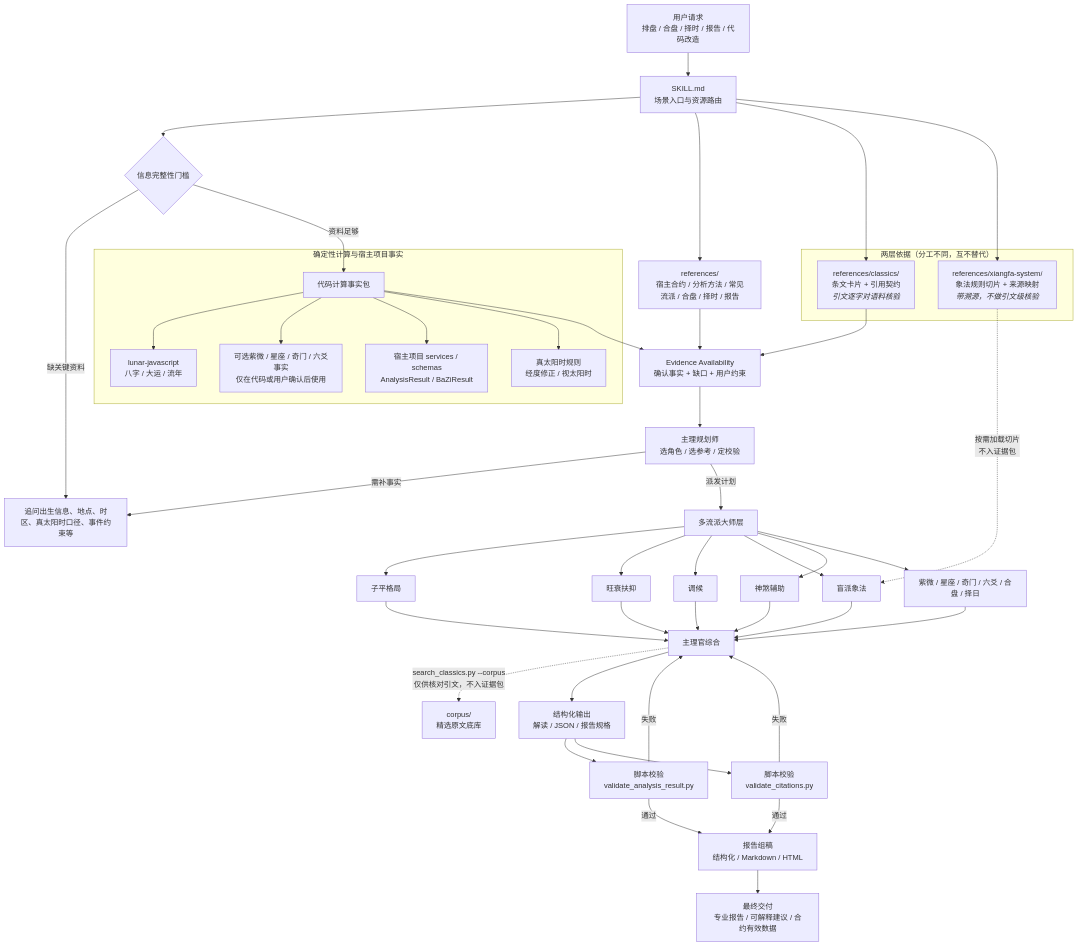
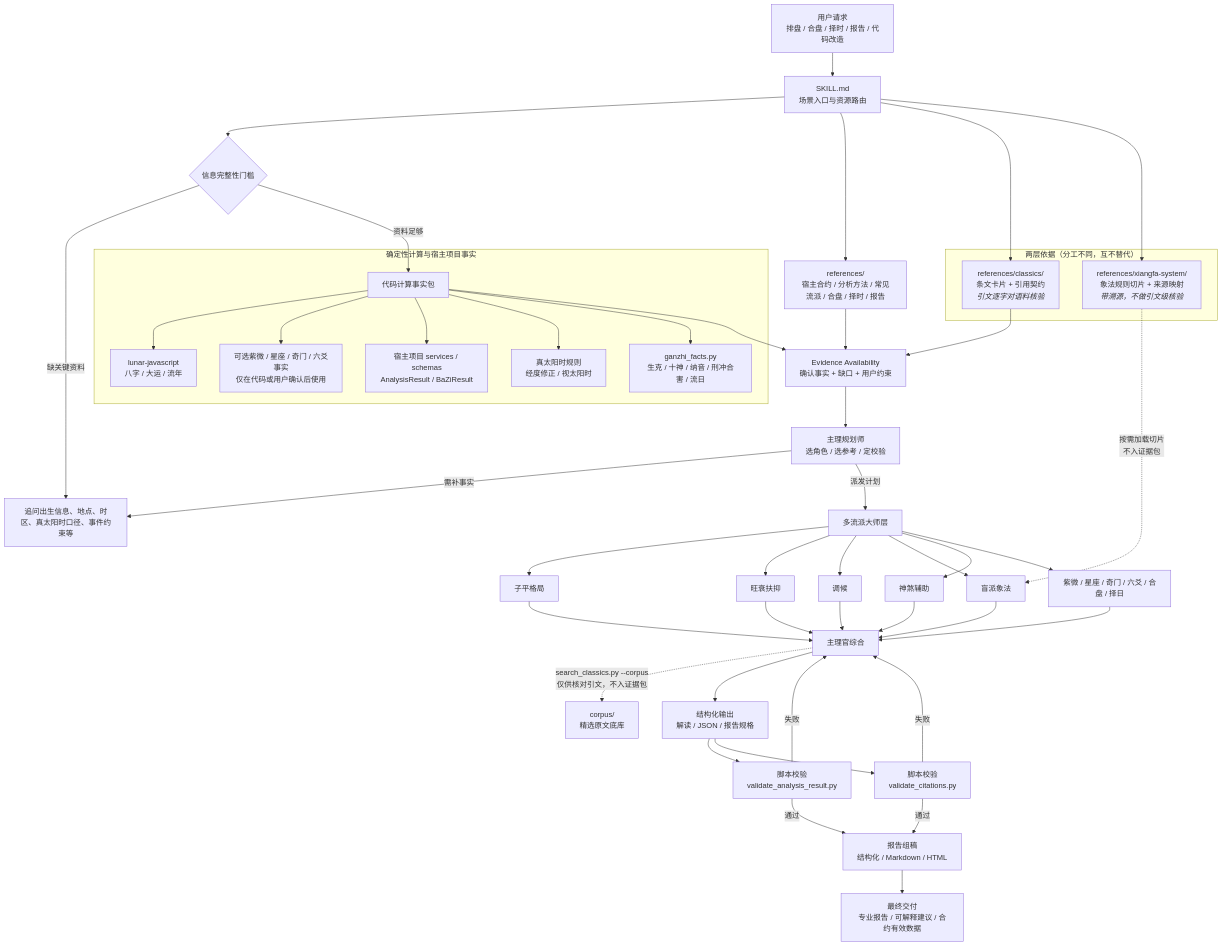
One commit to xuemian168/bazi-skill changed the diagram in README.md. Above: the diagram before and after it, drawn with Mermaid. The commit also changed other lines of this file and 15 other files, not shown here.

````diff
--- a/README.md
+++ b/README.md
@@ -84,55 +84,56 @@
 ```mermaid
 flowchart TD
     A["用户请求<br/>排盘 / 合盘 / 择时 / 报告 / 代码改造"] --> B["SKILL.md<br/>场景入口与资源路由"]
     B --> C{"信息完整性门槛"}
     C -->|缺关键资料| C1["追问出生信息、地点、时区、真太阳时口径、事件约束等"]
     C -->|资料足够| D["代码计算事实包"]
 
     subgraph S1["确定性计算与宿主项目事实"]
         D --> D1["lunar-javascript<br/>八字 / 大运 / 流年"]
         D --> D2["可选紫微 / 星座 / 奇门 / 六爻事实<br/>仅在代码或用户确认后使用"]
         D --> D3["宿主项目 services / schemas<br/>AnalysisResult / BaZiResult"]
         D --> D4["真太阳时规则<br/>经度修正 / 视太阳时"]
+        D --> D5["ganzhi_facts.py<br/>生克 / 十神 / 纳音 / 刑冲合害 / 流日"]
     end
 
     D --> E["Evidence Availability<br/>确认事实 + 缺口 + 用户约束"]
     B --> R["references/<br/>宿主合约 / 分析方法 / 常见流派 / 合盘 / 择时 / 报告"]
     R --> E
 
     subgraph S2["两层依据（分工不同，互不替代）"]
         RC["references/classics/<br/>条文卡片 + 引用契约<br/><i>引文逐字对语料核验</i>"]
         RX["references/xiangfa-system/<br/>象法规则切片 + 来源映射<br/><i>带溯源，不做引文级核验</i>"]
     end
 
     B --> RC
     B --> RX
     RC --> E
 
     E --> P["主理规划师<br/>选角色 / 选参考 / 定校验"]
     P -->|需补事实| C1
     P -->|派发计划| F["多流派大师层"]
     F --> F1["子平格局"]
     F --> F2["旺衰扶抑"]
     F --> F3["调候"]
     F --> F4["盲派象法"]
     RX -.->|"按需加载切片<br/>不入证据包"| F4
     F --> F5["神煞辅助"]
     F --> F6["紫微 / 星座 / 奇门 / 六爻 / 合盘 / 择日"]
 
     F1 --> G["主理官综合"]
     F2 --> G
     F3 --> G
     F4 --> G
     F5 --> G
     F6 --> G
     G -.->|"search_classics.py --corpus<br/>仅供核对引文，不入证据包"| RCC["corpus/<br/>精选原文底库"]
 
     G --> H["结构化输出<br/>解读 / JSON / 报告规格"]
     H --> I["脚本校验<br/>validate_analysis_result.py"]
     H --> IC["脚本校验<br/>validate_citations.py"]
     I -->|通过| J["报告组稿<br/>结构化 / Markdown / HTML"]
     IC -->|通过| J
     I -->|失败| G
     IC -->|失败| G
     J --> K["最终交付<br/>专业报告 / 可解释建议 / 合约有效数据"]
 ```
````
